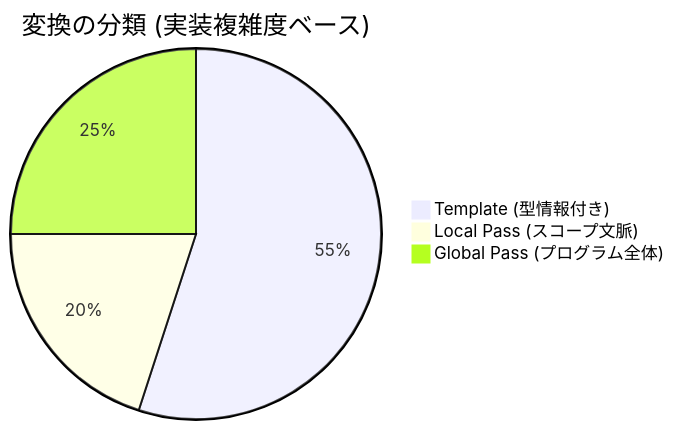
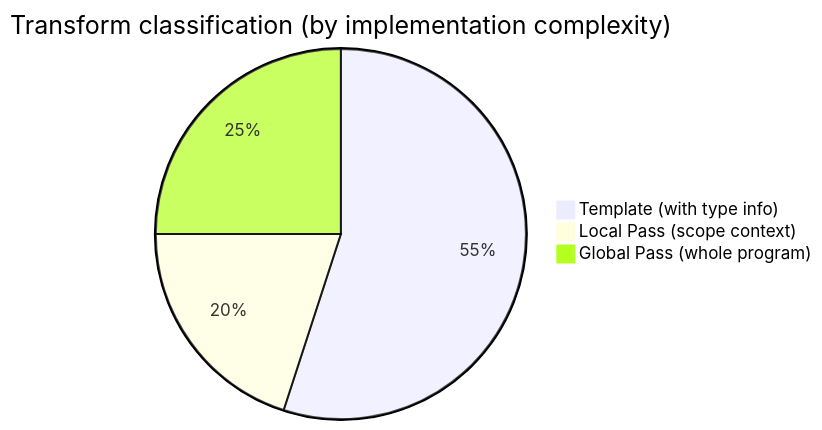
The first of 2 diagrams in docs/roadmap/done/codegen-v3-transform-classification.md (almide/almide), drawn with Mermaid before and after one commit. The commit also changed other lines of this file and 128 other files, not shown here.

Commit message:
Translate all roadmap files from Japanese to English (134 files)

````diff
--- a/docs/roadmap/done/codegen-v3-transform-classification.md
+++ b/docs/roadmap/done/codegen-v3-transform-classification.md
@@ -7,6 +7,6 @@
 ```mermaid
-pie title 変換の分類 (実装複雑度ベース)
-    "Template (型情報付き)" : 55
-    "Local Pass (スコープ文脈)" : 20
-    "Global Pass (プログラム全体)" : 25
+pie title Transform classification (by implementation complexity)
+    "Template (with type info)" : 55
+    "Local Pass (scope context)" : 20
+    "Global Pass (whole program)" : 25
 ```
````
